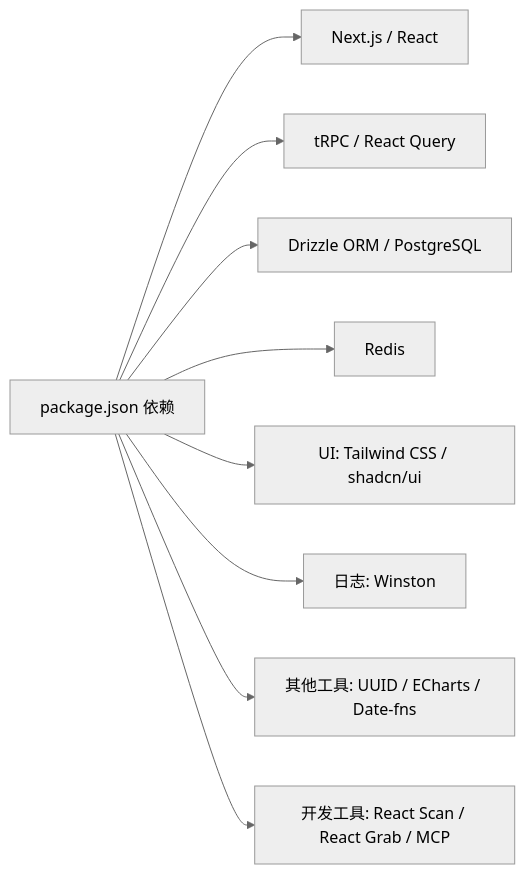
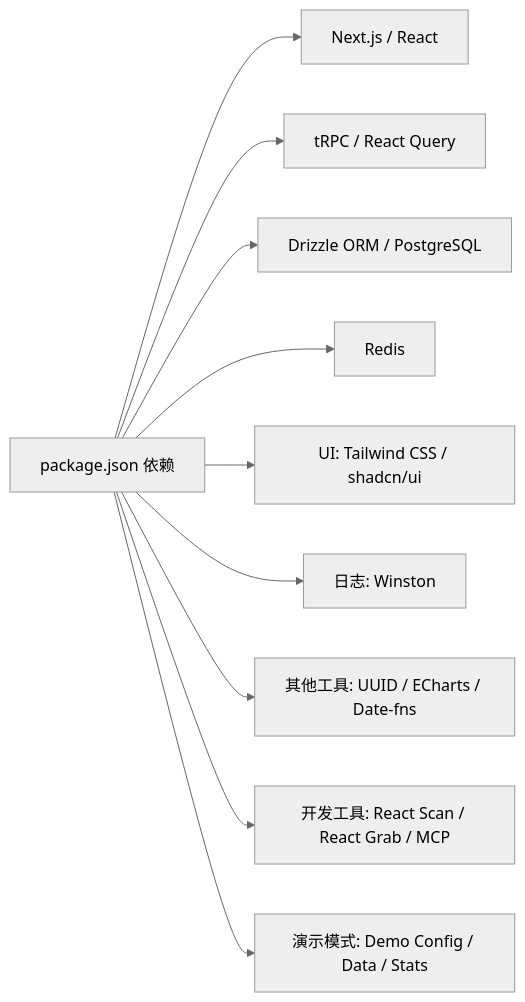
One commit to RadiumAg/AIGate changed the third of 3 diagrams in .qoder/repowiki/zh/content/开发指南.md. Above: the diagram before and after it, drawn with Mermaid (neutral theme). The commit also changed other lines of this file and 11 other files, not shown here.

````diff
--- a/.qoder/repowiki/zh/content/开发指南.md
+++ b/.qoder/repowiki/zh/content/开发指南.md
@@ -363,11 +470,12 @@
 ```mermaid
 graph LR
 P["package.json 依赖"] --> N["Next.js / React"]
 P --> T["tRPC / React Query"]
 P --> D["Drizzle ORM / PostgreSQL"]
 P --> R["Redis"]
 P --> U["UI: Tailwind CSS / shadcn/ui"]
 P --> L["日志: Winston"]
 P --> O["其他工具: UUID / ECharts / Date-fns"]
 P --> DEV["开发工具: React Scan / React Grab / MCP"]
+P --> DEMO["演示模式: Demo Config / Data / Stats"]
 ```
````
